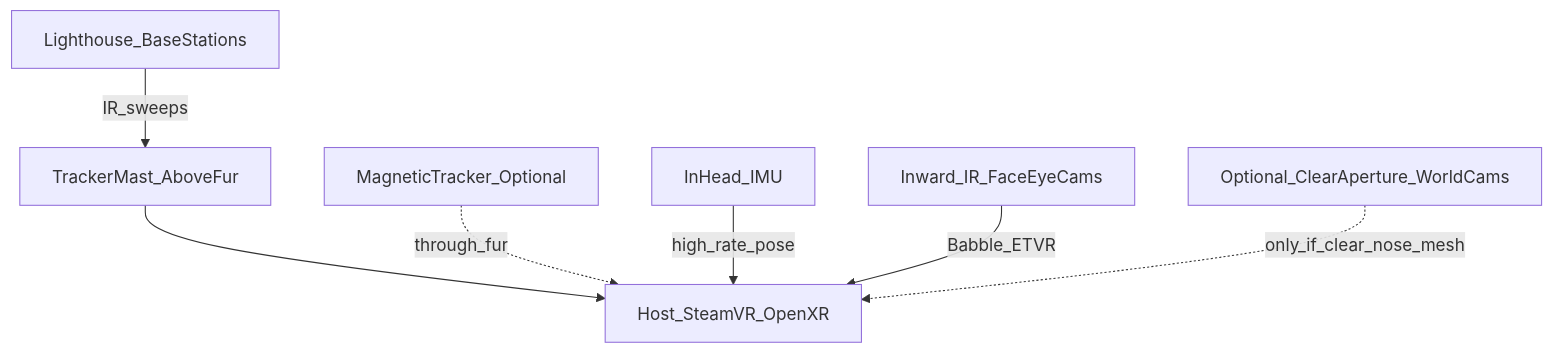
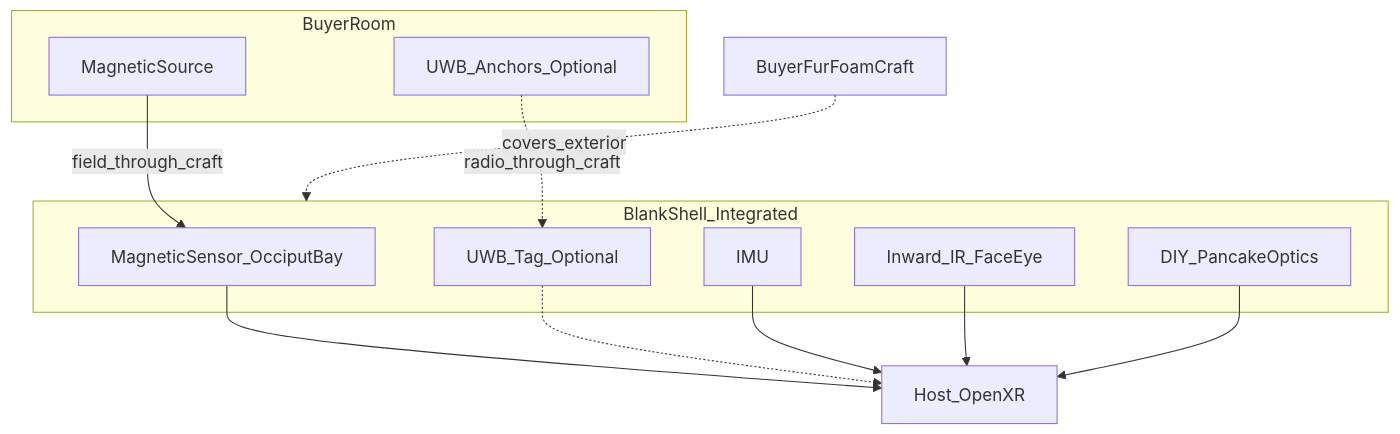
Before and after one commit to Ikaros2491/Backupgmod: the diagram in furry-vr-headset/docs/world-tracking.md, drawn with Mermaid. The commit also changed other lines of this file and 12 other files, not shown here.

First line of the commit message:
Lock in-shell magnetic pose for blank craftable shell

````diff
--- a/furry-vr-headset/docs/world-tracking.md
+++ b/furry-vr-headset/docs/world-tracking.md
@@ -53,17 +61,22 @@
 ```mermaid
 flowchart TB
-  BS[Lighthouse_BaseStations]
-  Mast[TrackerMast_AboveFur]
-  Mag[MagneticTracker_Optional]
-  IMU[InHead_IMU]
-  Face[Inward_IR_FaceEyeCams]
-  WorldOpt[Optional_ClearAperture_WorldCams]
-  PC[Host_SteamVR_OpenXR]
-
-  BS -->|IR_sweeps| Mast
-  Mast --> PC
-  Mag -.->|through_fur| PC
-  IMU -->|high_rate_pose| PC
-  Face -->|Babble_ETVR| PC
-  WorldOpt -.->|only_if_clear_nose_mesh| PC
+  subgraph room [BuyerRoom]
+    MagSrc[MagneticSource]
+    UWBAnchors[UWB_Anchors_Optional]
+  end
+  subgraph shell [BlankShell_Integrated]
+    MagSens[MagneticSensor_OcciputBay]
+    UWB[UWB_Tag_Optional]
+    IMU[IMU]
+    Face[Inward_IR_FaceEye]
+    Optics[DIY_PancakeOptics]
+  end
+  Craft[BuyerFurFoamCraft] -.->|covers_exterior| shell
+  MagSrc -->|field_through_craft| MagSens
+  UWBAnchors -.->|radio_through_craft| UWB
+  MagSens --> Host[Host_OpenXR]
+  UWB -.-> Host
+  IMU --> Host
+  Face --> Host
+  Optics --> Host
 ```
````
